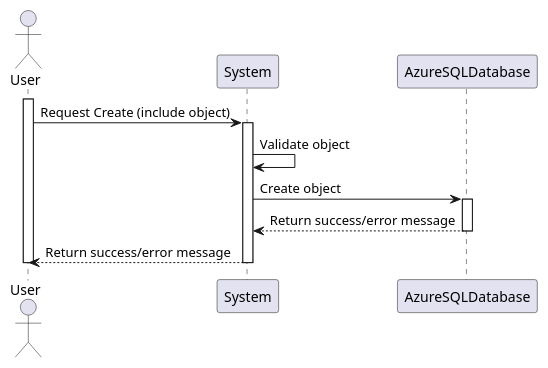
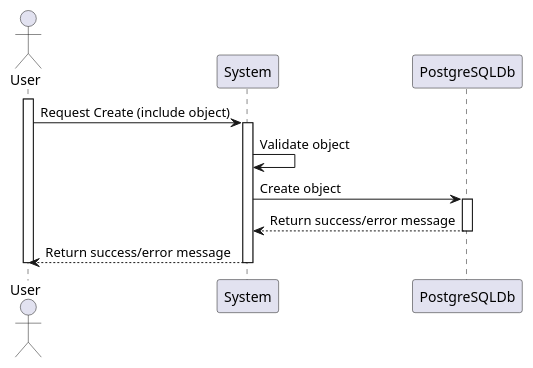
One commit to 1221124/sem5pi-24-25-g031 changed the diagram in docs/SprintC/SoftwareArchitecture/ComponentDiagrams/Level1/ProcessView/Create/SSD-Create.puml. Above: the diagram before and after it, drawn with PlantUML. The commit also changed 43 other files, not shown here.

```diff
--- a/docs/SprintC/SoftwareArchitecture/ComponentDiagrams/Level1/ProcessView/Create/SSD-Create.puml
+++ b/docs/SprintC/SoftwareArchitecture/ComponentDiagrams/Level1/ProcessView/Create/SSD-Create.puml
@@ -1,24 +1,24 @@
 @startuml SSD-Create
 
 actor User
 participant System
-participant AzureSQLDatabase
+participant PostgreSQLDb
 
 activate User
     User -> System : Request Create (include object)
     activate System
         
         System -> System : Validate object
         
-        System -> AzureSQLDatabase : Create object
-        activate AzureSQLDatabase
+        System -> PostgreSQLDb : Create object
+        activate PostgreSQLDb
             
-            AzureSQLDatabase --> System : Return success/error message
-        deactivate AzureSQLDatabase
+            PostgreSQLDb --> System : Return success/error message
+        deactivate PostgreSQLDb
         
         System --> User : Return success/error message
     deactivate System
 deactivate User
         
 
 @enduml
```
